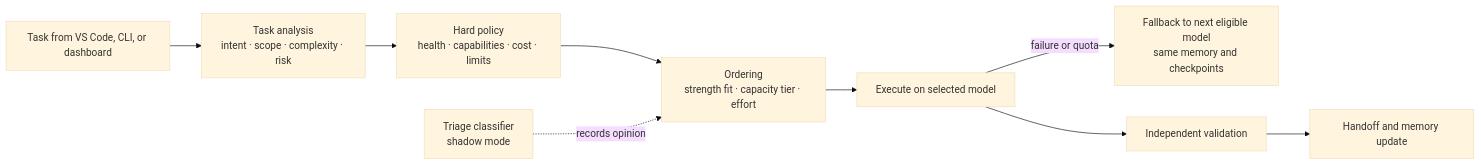
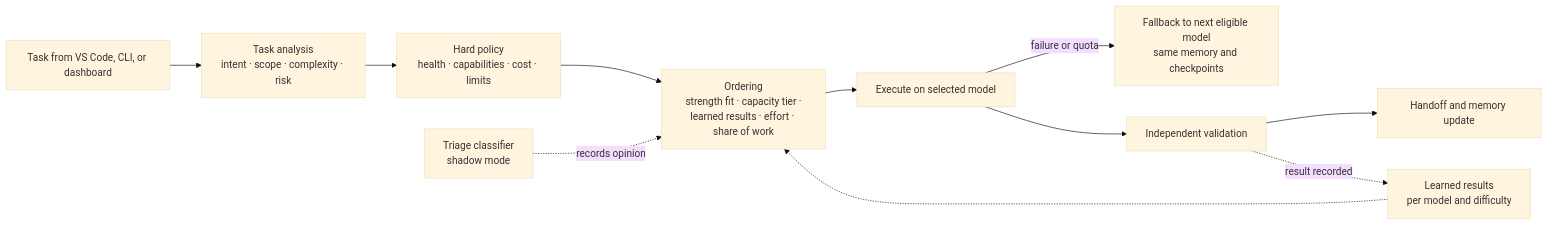
Before and after one commit to ricdegre/AI-Router: the first of 2 diagrams in README.md, drawn with Mermaid (base theme). The commit also changed other lines of this file and 11 other files, not shown here.

````diff
--- a/README.md
+++ b/README.md
@@ -26,10 +27,12 @@
 ```mermaid
 flowchart LR
     T[Task from VS Code, CLI, or dashboard] --> A[Task analysis<br/>intent · scope · complexity · risk]
     A --> P[Hard policy<br/>health · capabilities · cost · limits]
-    P --> O[Ordering<br/>strength fit · capacity tier · effort]
+    P --> O[Ordering<br/>strength fit · capacity tier ·<br/>learned results · effort · share of work]
     O --> X[Execute on selected model]
     X -->|failure or quota| F[Fallback to next eligible model<br/>same memory and checkpoints]
     X --> V[Independent validation] --> H[Handoff and memory update]
+    V -.->|result recorded| L[Learned results<br/>per model and difficulty]
+    L -.-> O
     Tr[Triage classifier<br/>shadow mode] -.->|records opinion| O
 ```
````
